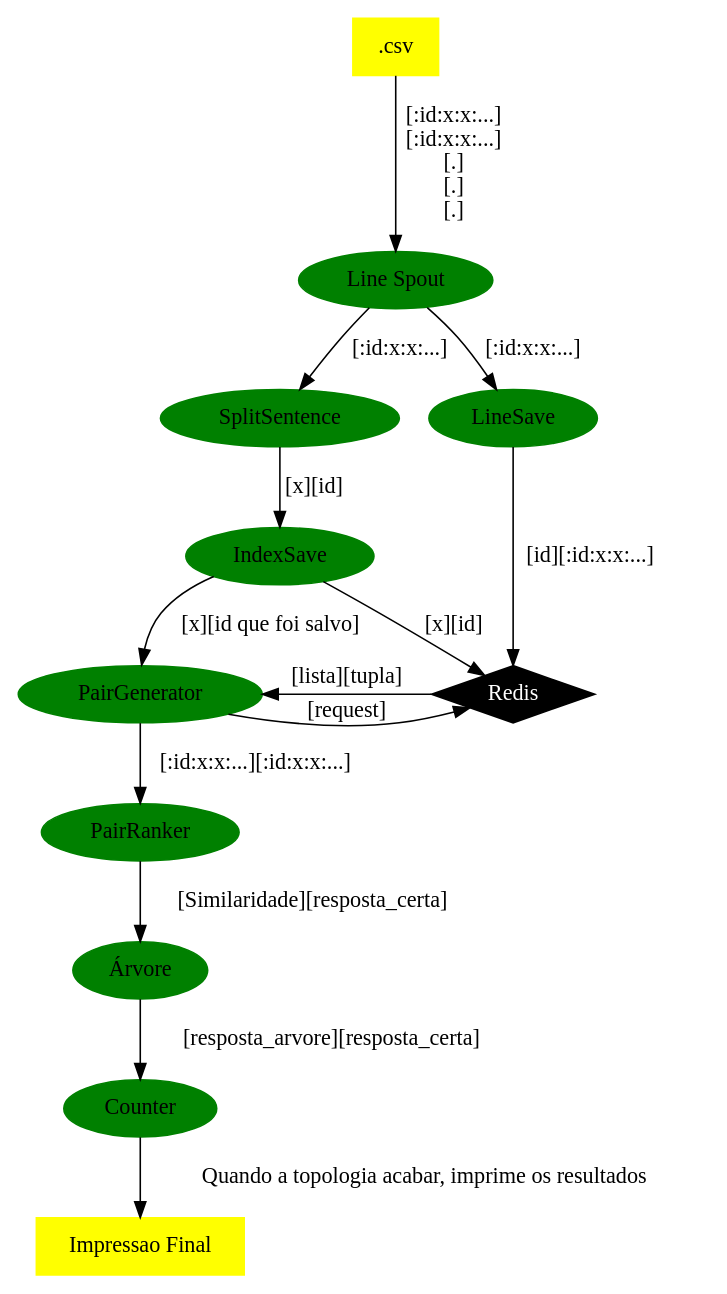
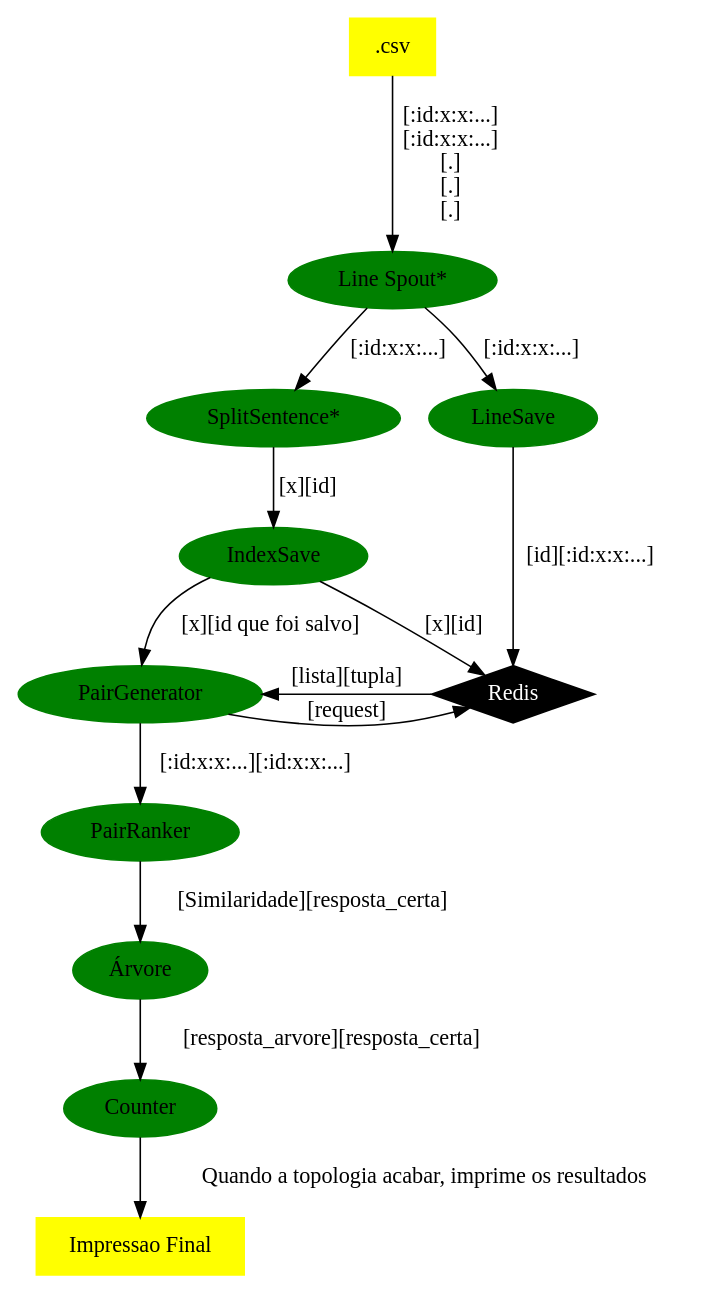
Before and after one commit to luanfelixpimentel/storminho: the diagram in info/whats_going_on.dot, drawn with Graphviz. The commit also changed 9 other files, not shown here.

```diff
--- a/info/whats_going_on.dot
+++ b/info/whats_going_on.dot
@@ -1,58 +1,58 @@
 digraph projeto_topology {
     node [style="filled"]
 
     //files
     {
         node [shape="box" color="yellow"]
         csv [label=".csv"]
         impressaofinal [label="Impressao Final"]
     }
     //spouts and bolts
     {
         node [shape="ellipse" color="green"]
-        linespout [label="Line Spout", comment="teste"]
-        splitsentence [label="SplitSentence"]
+        linespout [label="Line Spout*", comment="teste"]
+        splitsentence [label="SplitSentence*"]
         linesave [label="LineSave"]
         indexsave [label="IndexSave"]
         pairranker [label="PairRanker"]
         pairgenerator [label="PairGenerator"]
         arvore [label="Árvore"]
         counter [label="Counter"]
     }
     //programas
     {
         node [shape="trapezium" color="orange"]
     }
 
     //outros
     {
         node [shape="diamond" color="black" fontcolor="white"]
         redis [label="Redis"]
     }
 
     //ligações
     {
         csv -> linespout [label="[:id:x:x:...]\n[:id:x:x:...]\n[.]\n[.]\n[.]"]
         linespout -> splitsentence [label="[:id:x:x:...]"]
         linespout -> linesave [label="[:id:x:x:...]"]
         linesave -> redis [label="[id][:id:x:x:...]"]
         splitsentence -> indexsave [label="[x][id]"]
         indexsave -> redis[label="[x][id]"]
         indexsave -> pairgenerator [label="[x][id que foi salvo]"]
         pairgenerator -> redis [label="[request]"]
         redis -> pairgenerator [label="[lista][tupla]"]
         pairgenerator -> pairranker [label="[:id:x:x:...][:id:x:x:...]"]
         pairranker -> arvore [label="[Similaridade][resposta_certa]"]
         arvore -> counter [label="[resposta_arvore][resposta_certa]"]
         counter -> impressaofinal [label="Quando a topologia acabar, imprime os resultados"]
 
     }
 
     //ranks (posições)
     {
         {rank=same; splitsentence linesave}
         {rank=same; pairgenerator redis}
 
 
     }
 }
```
